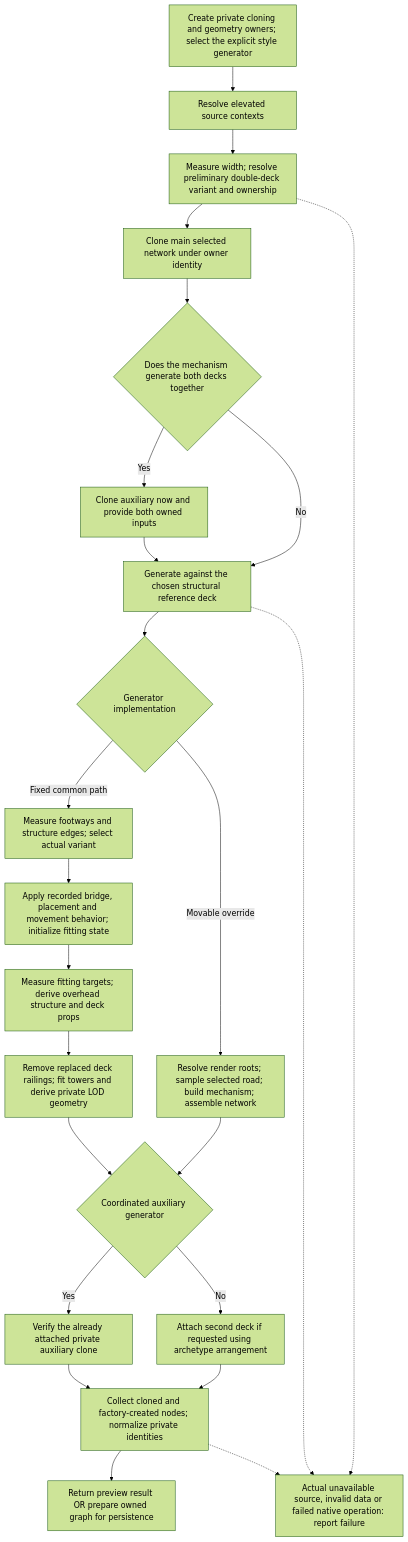
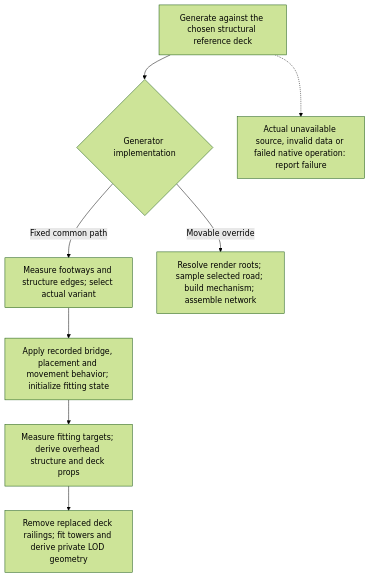
The second of 14 diagrams in docs/specs/generation-spec.md (Chengxuan-He/CS2BridgeBuilder), drawn with Mermaid (forest theme) before and after one commit. The commit also changed other lines of this file and 67 other files, not shown here.

````diff
--- a/docs/specs/generation-spec.md
+++ b/docs/specs/generation-spec.md
@@ -39,26 +56,11 @@
 ```mermaid
 flowchart TD
-    Entry["Create private cloning and geometry owners; select the explicit style generator"] --> Context["Resolve elevated source contexts"]
-    Context --> Measure["Measure width; resolve preliminary double-deck variant and ownership"]
-    Measure --> Clone["Clone main selected network under owner identity"]
-    Clone --> Coordinated{"Does the mechanism generate both decks together"}
-    Coordinated -->|Yes| Aux["Clone auxiliary now and provide both owned inputs"]
-    Coordinated -->|No| Apply["Generate against the chosen structural reference deck"]
-    Aux --> Apply
+    Apply["Generate against the chosen structural reference deck"]
     Apply --> Family{"Generator implementation"}
     Family -->|Fixed common path| FixedMeasure["Measure footways and structure edges; select actual variant"]
     FixedMeasure --> Behavior["Apply recorded bridge, placement and movement behavior; initialize fitting state"]
     Behavior --> FixedParts["Measure fitting targets; derive overhead structure and deck props"]
     FixedParts --> Fit["Remove replaced deck railings; fit towers and derive private LOD geometry"]
     Family -->|Movable override| Moving["Resolve render roots; sample selected road; build mechanism; assemble network"]
-    Fit --> Attach{"Coordinated auxiliary generator"}
-    Moving --> Attach
-    Attach -->|Yes| Verify["Verify the already attached private auxiliary clone"]
-    Attach -->|No| Second["Attach second deck if requested using archetype arrangement"]
-    Verify --> Graph["Collect cloned and factory-created nodes; normalize private identities"]
-    Second --> Graph
-    Graph --> Exit["Return preview result OR prepare owned graph for persistence"]
-    Measure -.-> Error["Actual unavailable source, invalid data or failed native operation: report failure"]
-    Apply -.-> Error
-    Graph -.-> Error
+    Apply -.-> Error["Actual unavailable source, invalid data or failed native operation: report failure"]
 ```
````
